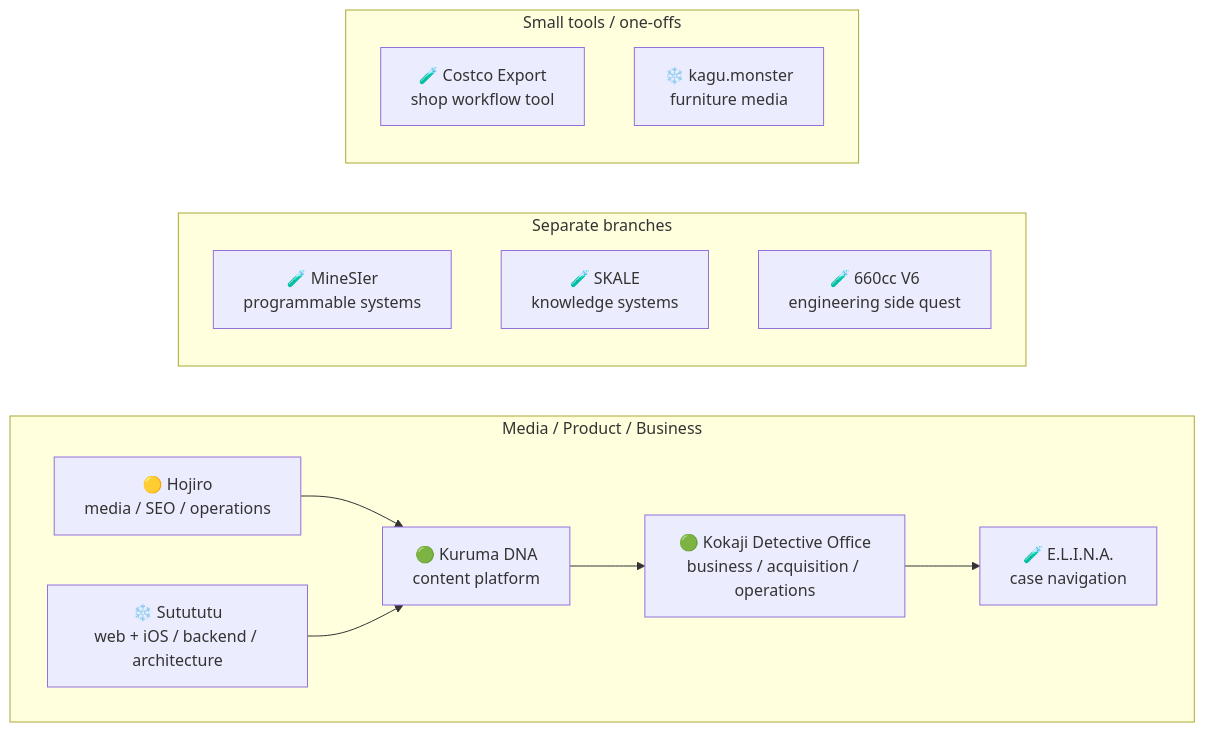
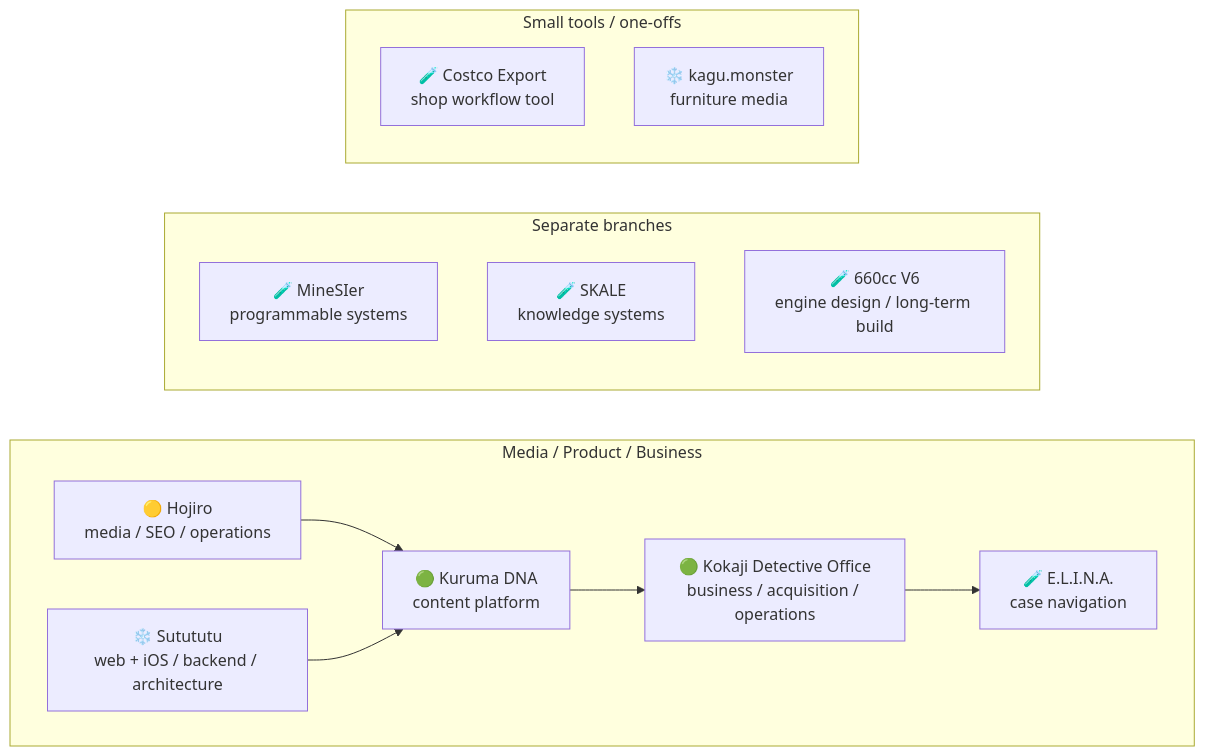
Before and after one commit to hodzilla51/hodzilla51: the diagram in README.md, drawn with Mermaid. The commit also changed other lines of this file, not shown here.

````diff
--- a/README.md
+++ b/README.md
@@ -157,28 +175,28 @@
 ```mermaid
 flowchart LR
     subgraph P[Media / Product / Business]
         direction LR
         HJ[🟡 Hojiro<br/>media / SEO / operations]
         ST[❄️ Sutututu<br/>web + iOS / backend / architecture]
         KD[🟢 Kuruma DNA<br/>content platform]
         KO[🟢 Kokaji Detective Office<br/>business / acquisition / operations]
         EL[🧪 E.L.I.N.A.<br/>case navigation]
 
         HJ --> KD
         ST --> KD
         KD --> KO
         KO --> EL
     end
 
     subgraph X[Separate branches]
         direction TB
         MI[🧪 MineSIer<br/>programmable systems]
         SK[🧪 SKALE<br/>knowledge systems]
-        CV[🧪 660cc V6<br/>engineering side quest]
+        CV[🧪 660cc V6<br/>engine design / long-term build]
     end
 
     subgraph T[Small tools / one-offs]
         CE[🧪 Costco Export<br/>shop workflow tool]
         KG[❄️ kagu.monster<br/>furniture media]
     end
 ```
````
